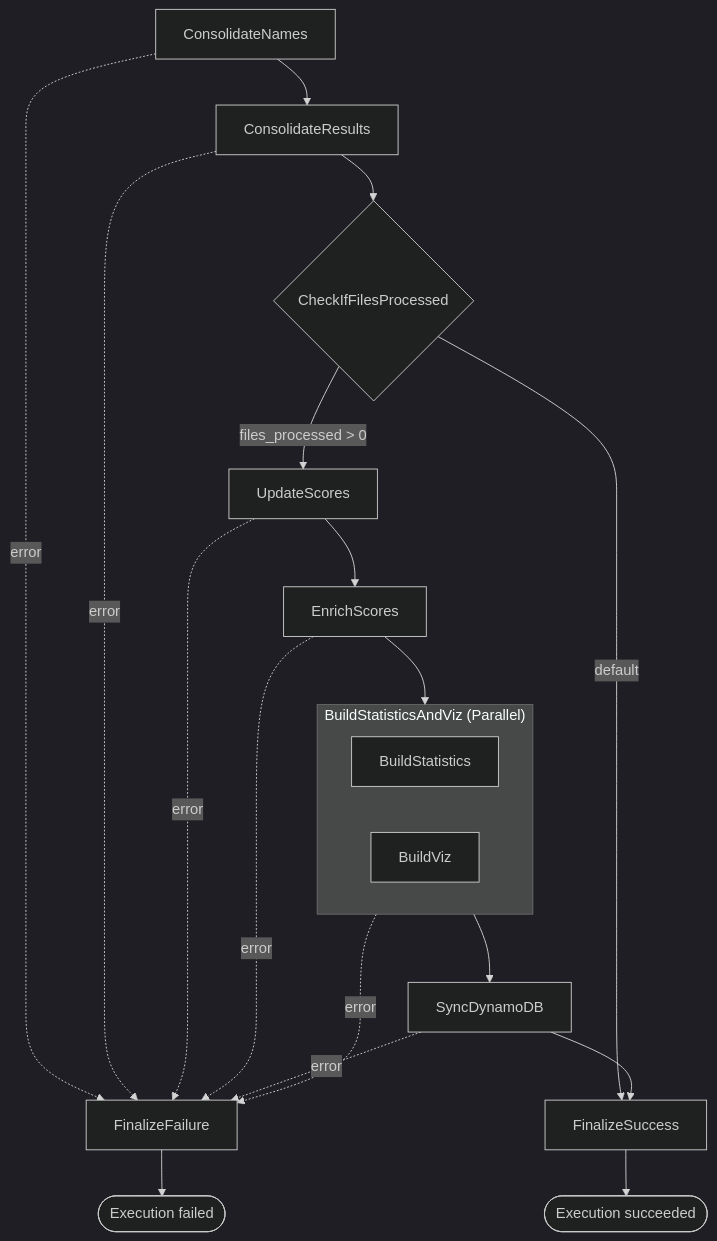
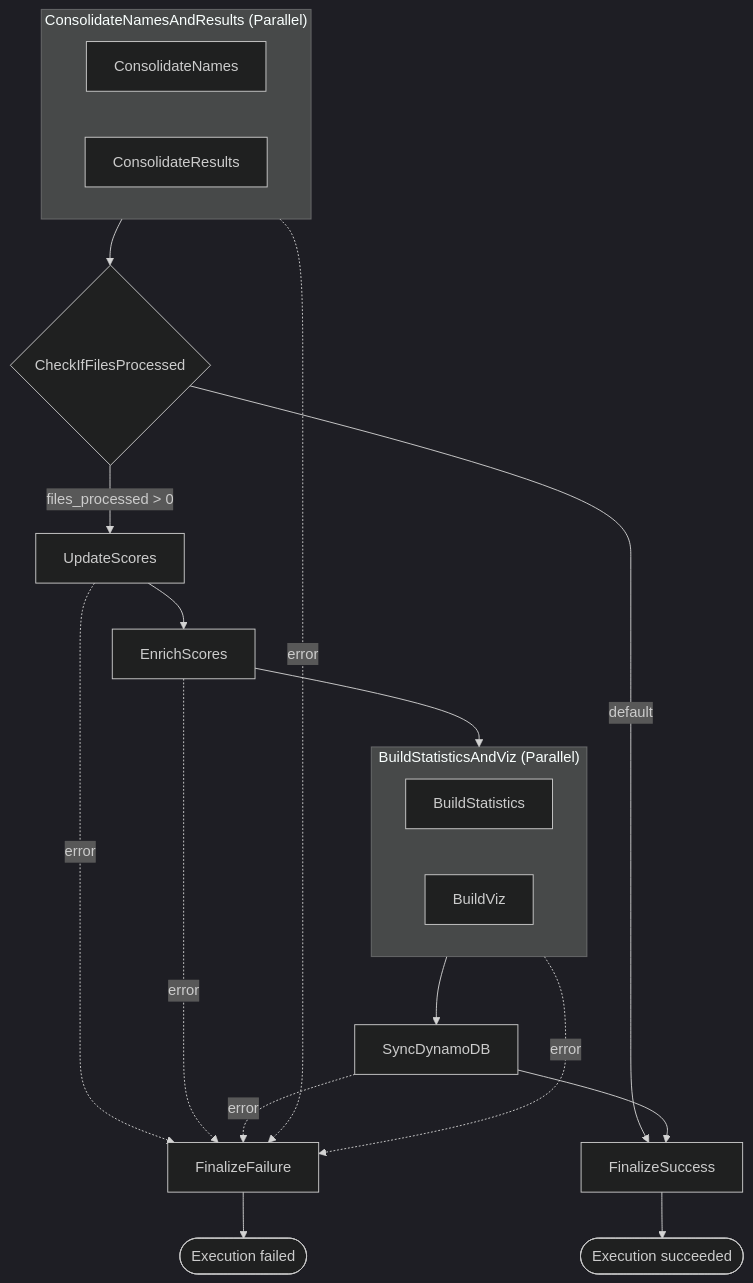
The diagram in state-machine/README.md (tor-gu/toa-data-pipeline), drawn with Mermaid (dark theme) before and after one commit. The commit also changed other lines of this file and 2 other files, not shown here.

Commit message:
Execute names and results consolidators in parallel

````diff
--- a/state-machine/README.md
+++ b/state-machine/README.md
@@ -7,26 +7,29 @@
 ```mermaid
 flowchart TD
-    ConsolidateNames --> ConsolidateResults
-    ConsolidateResults --> Check{CheckIfFilesProcessed}
+    ConsolidatePar --> Check{CheckIfFilesProcessed}
     Check -->|files_processed > 0| UpdateScores
     Check -->|default| FinalizeSuccess
     UpdateScores --> EnrichScores
     EnrichScores --> Par
+
+    subgraph ConsolidatePar["ConsolidateNamesAndResults (Parallel)"]
+        ConsolidateNames
+        ConsolidateResults
+    end
 
     subgraph Par["BuildStatisticsAndViz (Parallel)"]
         BuildStatistics
         BuildViz
     end
 
     Par --> SyncDynamoDB
     SyncDynamoDB --> FinalizeSuccess
     FinalizeSuccess --> Succeeded([Execution succeeded])
 
-    ConsolidateNames -.->|error| FinalizeFailure
-    ConsolidateResults -.->|error| FinalizeFailure
+    ConsolidatePar -.->|error| FinalizeFailure
     UpdateScores -.->|error| FinalizeFailure
     EnrichScores -.->|error| FinalizeFailure
     Par -.->|error| FinalizeFailure
     SyncDynamoDB -.->|error| FinalizeFailure
     FinalizeFailure --> ExecutionFailed([Execution failed])
 ```
````
